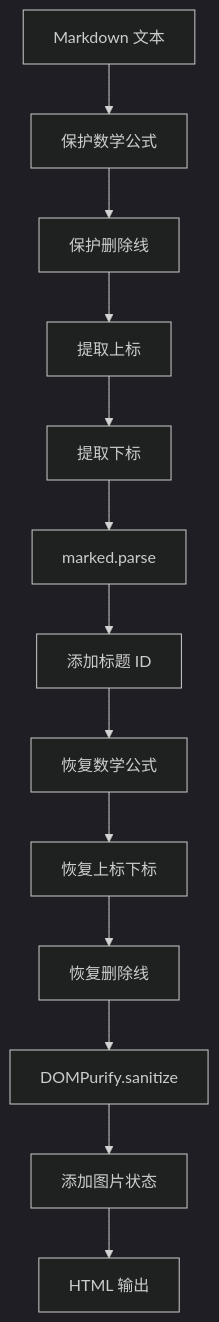
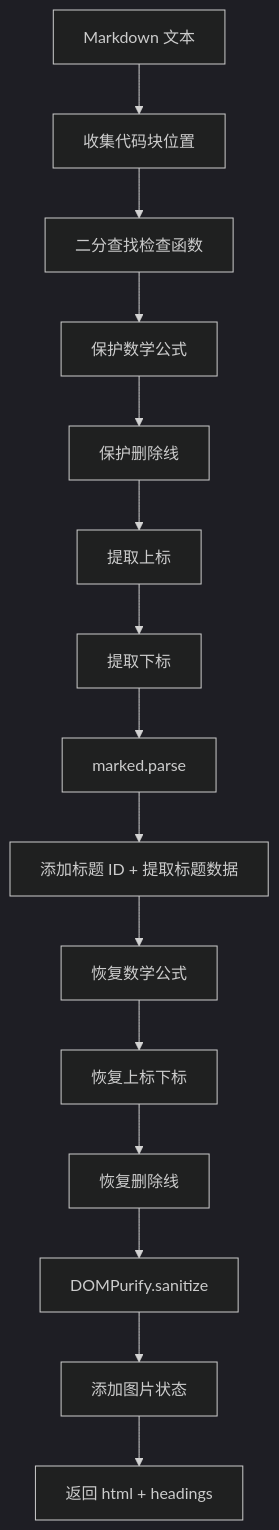
The fourth of 8 diagrams in docs/preview.md (ZCShou/markdown), drawn with Mermaid (dark theme) before and after one commit. The commit also changed other lines of this file and 2 other files, not shown here.

````diff
--- a/docs/preview.md
+++ b/docs/preview.md
@@ -696,15 +740,17 @@
 ```mermaid
 graph TD
-    A[Markdown 文本] --> B[保护数学公式]
-    B --> C[保护删除线]
-    C --> D[提取上标]
-    D --> E[提取下标]
-    E --> F[marked.parse]
-    F --> G[添加标题 ID]
-    G --> H[恢复数学公式]
-    H --> I[恢复上标下标]
-    I --> J[恢复删除线]
-    J --> K[DOMPurify.sanitize]
-    K --> L[添加图片状态]
-    L --> M[HTML 输出]
+    A[Markdown 文本] --> B[收集代码块位置]
+    B --> C[二分查找检查函数]
+    C --> D[保护数学公式]
+    D --> E[保护删除线]
+    E --> F[提取上标]
+    F --> G[提取下标]
+    G --> H[marked.parse]
+    H --> I[添加标题 ID + 提取标题数据]
+    I --> J[恢复数学公式]
+    J --> K[恢复上标下标]
+    K --> L[恢复删除线]
+    L --> M[DOMPurify.sanitize]
+    M --> N[添加图片状态]
+    N --> O[返回 html + headings]
 ```
````
